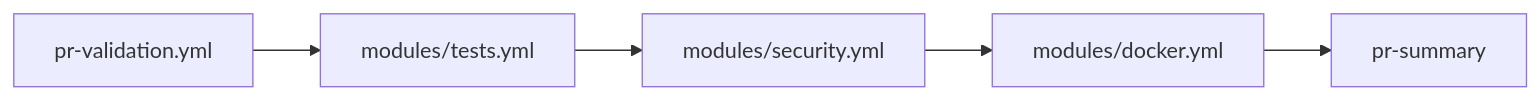
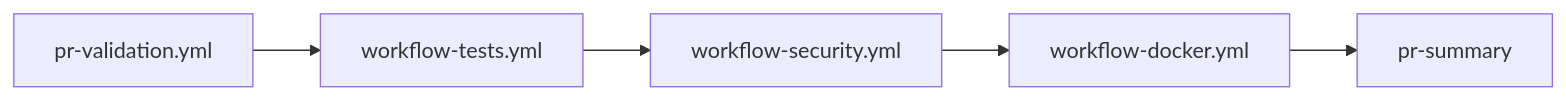
The second of 2 diagrams in .github/workflows/README.md (whispr-messenger/auth-service), drawn with Mermaid before and after one commit. The commit also changed other lines of this file and 8 other files, not shown here.

````diff
--- a/.github/workflows/README.md
+++ b/.github/workflows/README.md
@@ -51,7 +50,7 @@
 ```mermaid
 graph LR
-    A[pr-validation.yml] --> B[modules/tests.yml]
-    B --> C[modules/security.yml]
-    C --> D[modules/docker.yml]
+    A[pr-validation.yml] --> B[workflow-tests.yml]
+    B --> C[workflow-security.yml]
+    C --> D[workflow-docker.yml]
     D --> E[pr-summary]
 ```
````
